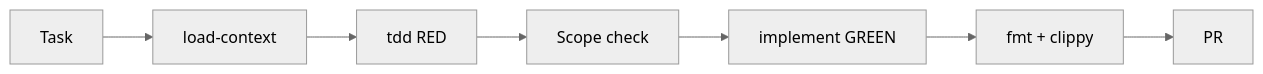
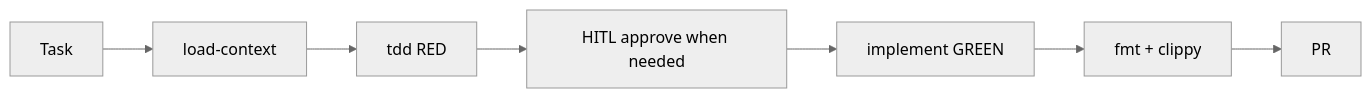
Before and after one commit to igmarin/rust-core-skills: the first of 2 diagrams in AGENTS.md, drawn with Mermaid (neutral theme). The commit also changed other lines of this file and 7 other files, not shown here.

````diff
--- a/AGENTS.md
+++ b/AGENTS.md
@@ -19,9 +19,9 @@
 ```mermaid
 flowchart LR
   A[Task] --> B[load-context]
   B --> C[tdd RED]
-  C --> D[Scope check]
+  C --> D[HITL approve when needed]
   D --> E[implement GREEN]
   E --> F[fmt + clippy]
   F --> G[PR]
 ```
````
